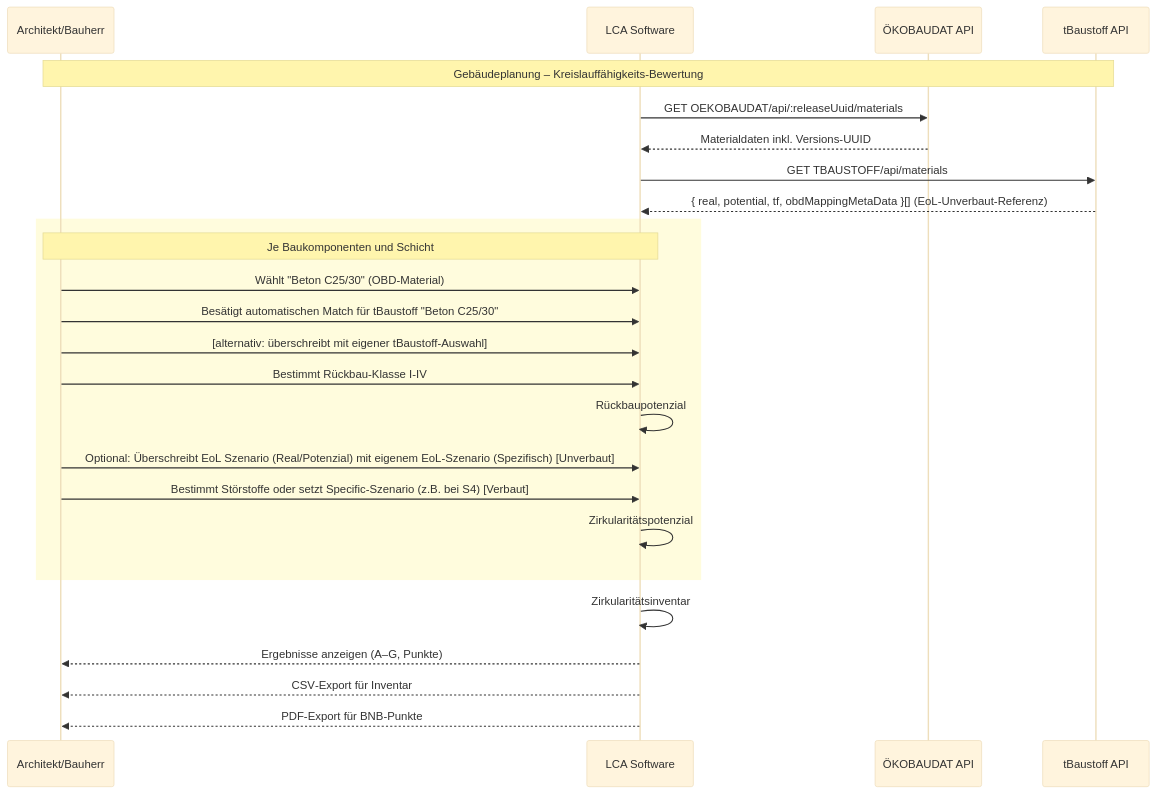
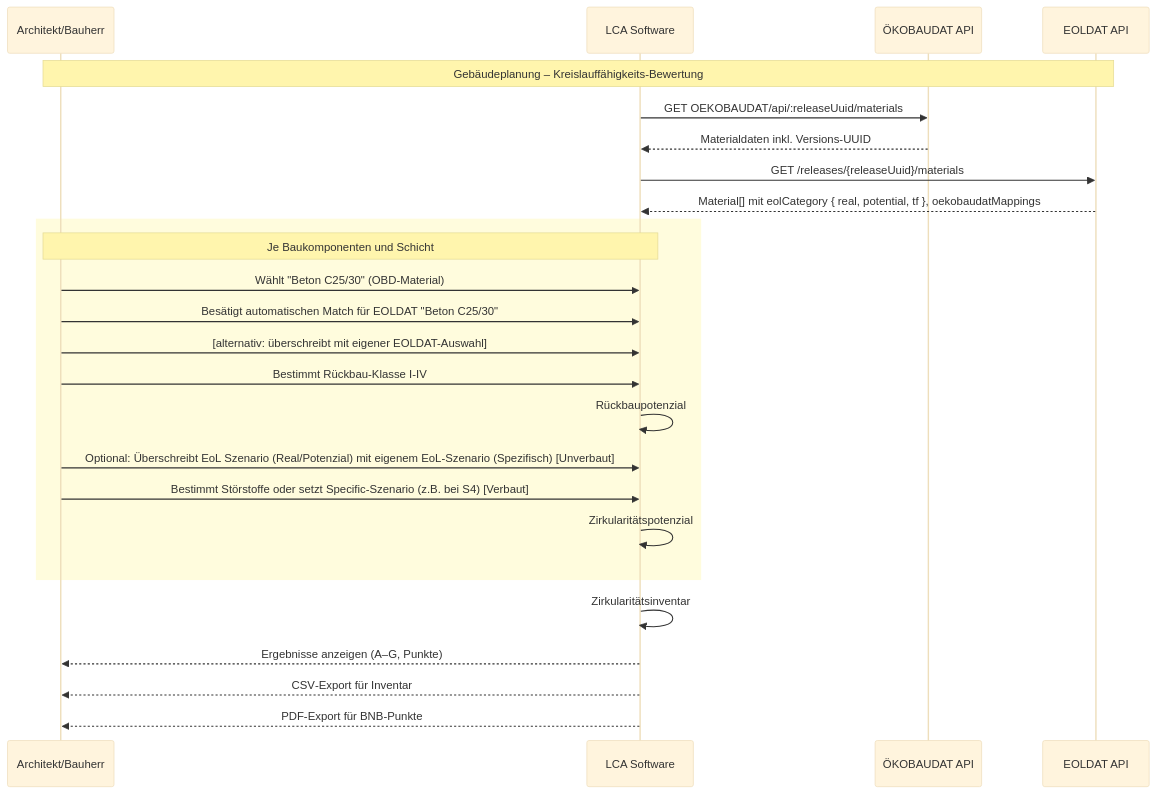
Before and after one commit to N3XTCODER-BBSR/elca-circularity-passport: the diagram in docs/implementierungs-hinweise-kreislauffaehigkeit.md, drawn with Mermaid (base theme). The commit also changed other lines of this file, not shown here.

First line of the commit message:
chore: update implementation guide to reference eoldat instead of tba… (#266)

````diff
--- a/docs/implementierungs-hinweise-kreislauffaehigkeit.md
+++ b/docs/implementierungs-hinweise-kreislauffaehigkeit.md
@@ -148,42 +146,42 @@
 ```mermaid
 sequenceDiagram
     participant User as Architekt/Bauherr
     participant Vendor as LCA Software
     participant OebdAPI as ÖKOBAUDAT API
-    participant TbAPI as tBaustoff API
+    participant EoldatAPI as EOLDAT API
 
-    Note over User,TbAPI: Gebäudeplanung – Kreislauffähigkeits‑Bewertung
+    Note over User,EoldatAPI: Gebäudeplanung – Kreislauffähigkeits‑Bewertung
 
     %% Vendor holt ÖKOBAUDAT‑Referenzen
     Vendor->>OebdAPI: GET OEKOBAUDAT/api/:releaseUuid/materials
     OebdAPI-->>Vendor: Materialdaten inkl. Versions‑UUID
 
-    %% Vendor holt tBaustoff-Daten
-    Vendor->>TbAPI: GET TBAUSTOFF/api/materials
-    TbAPI-->>Vendor: { real, potential, tf, obdMappingMetaData }[] (EoL‑Unverbaut‑Referenz)
+    %% Vendor holt EOLDAT-Daten
+    Vendor->>EoldatAPI: GET /releases/{releaseUuid}/materials
+    EoldatAPI-->>Vendor: Material[] mit eolCategory { real, potential, tf }, oekobaudatMappings
 
     rect rgba(255, 245, 157, 0.35)
     Note over User,Vendor: Je Baukomponenten und Schicht
     %% User wählt Material
     User->>Vendor: Wählt "Beton C25/30" (OBD‑Material)
 
-    %% User wählt bestätigt automatch (anhand von tBaustoff-Mapping) oder überschreibt tBaustoff
-    User->>Vendor: Besätigt automatischen Match für tBaustoff "Beton C25/30"
+    %% User wählt bestätigt automatch (anhand von EOLDAT-Mapping) oder überschreibt EOLDAT
+    User->>Vendor: Besätigt automatischen Match für EOLDAT "Beton C25/30"
 
-    User->>Vendor: [alternativ: überschreibt mit eigener tBaustoff-Auswahl]
+    User->>Vendor: [alternativ: überschreibt mit eigener EOLDAT-Auswahl]
 
     User->>Vendor: Bestimmt Rückbau-Klasse I-IV
     Vendor->>Vendor: Rückbaupotenzial
 
     User->>Vendor: Optional: Überschreibt EoL Szenario (Real/Potenzial) mit eigenem EoL-Szenario (Spezifisch) [Unverbaut]
     User->>Vendor: Bestimmt Störstoffe oder setzt Specific-Szenario (z.B. bei S4) [Verbaut]
     Vendor->>Vendor: Zirkularitätspotenzial
     end
 
     Vendor->>Vendor: Zirkularitätsinventar
 
     %% Ausgabe
     Vendor-->>User: Ergebnisse anzeigen (A–G, Punkte)
     Vendor-->>User: CSV‑Export für Inventar
     Vendor-->>User: PDF‑Export für BNB-Punkte
 ```
````
